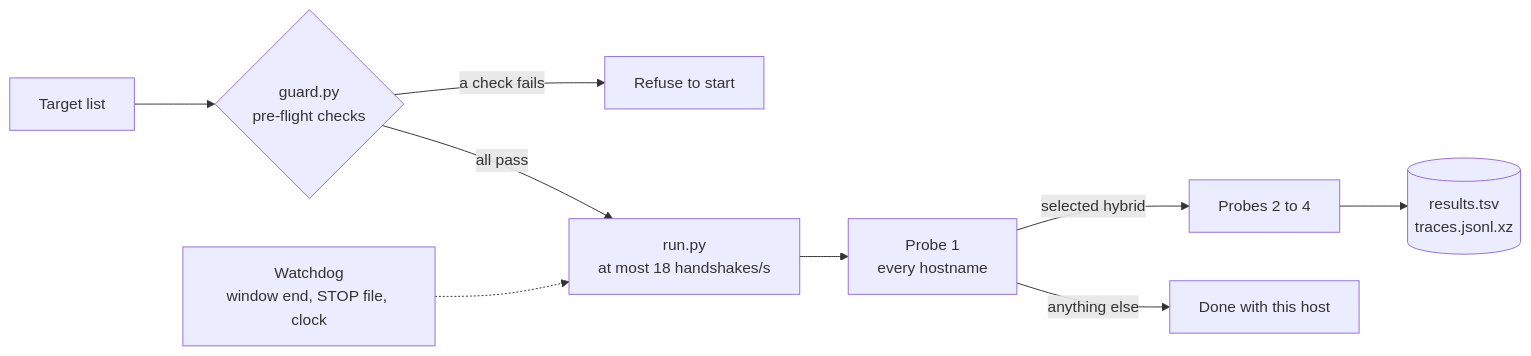
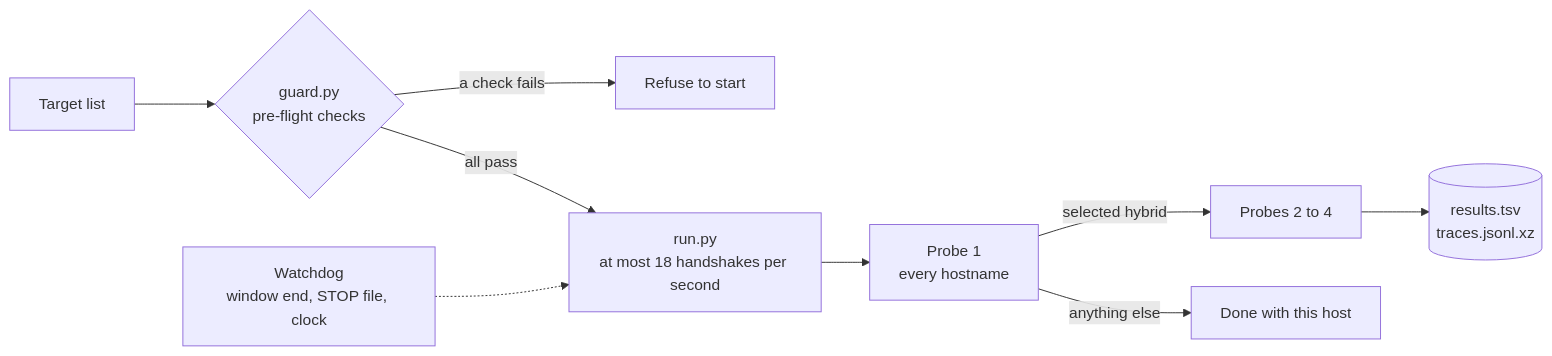
One commit to Adam010341/pq-tls-classical-fallback changed the third of 3 diagrams in README.md. Above: the diagram before and after it, drawn with Mermaid.

Commit message:
README: fix the scanner diagram

````diff
--- a/README.md
+++ b/README.md
@@ -124,11 +124,11 @@
 ```mermaid
 flowchart LR
-    T[Target list] --> G{guard.py<br/>pre-flight checks}
-    G -- a check fails --> X[Refuse to start]
-    G -- all pass --> R[run.py<br/>at most 18 handshakes/s]
-    R --> P1[Probe 1<br/>every hostname]
-    P1 -- selected hybrid --> P2[Probes 2 to 4]
-    P1 -- anything else --> D[Done with this host]
-    P2 --> O[(results.tsv<br/>traces.jsonl.xz)]
-    W[Watchdog<br/>window end, STOP file, clock] -.-> R
+    T["Target list"] --> G{"guard.py<br/>pre-flight checks"}
+    G -- "a check fails" --> X["Refuse to start"]
+    G -- "all pass" --> R["run.py<br/>at most 18 handshakes per second"]
+    R --> P1["Probe 1<br/>every hostname"]
+    P1 -- "selected hybrid" --> P2["Probes 2 to 4"]
+    P1 -- "anything else" --> D["Done with this host"]
+    P2 --> O[("results.tsv<br/>traces.jsonl.xz")]
+    W["Watchdog<br/>window end, STOP file, clock"] -.-> R
 ```
````
